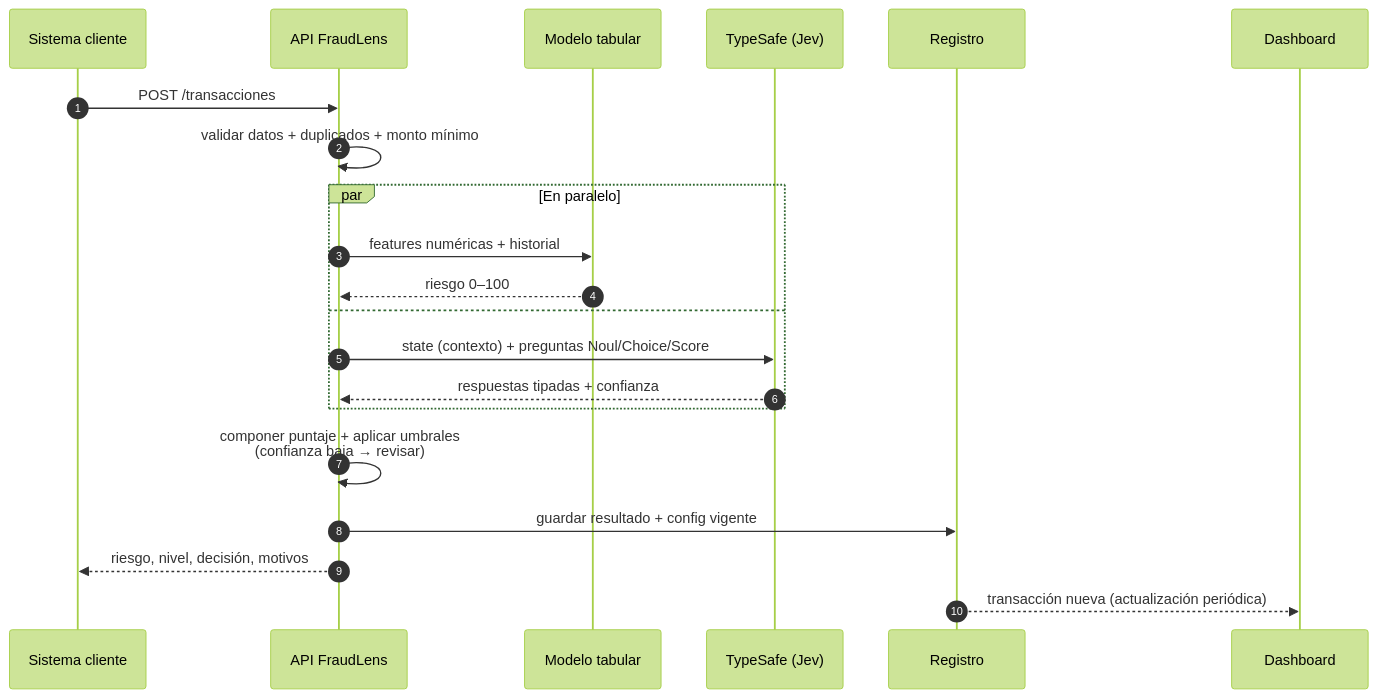
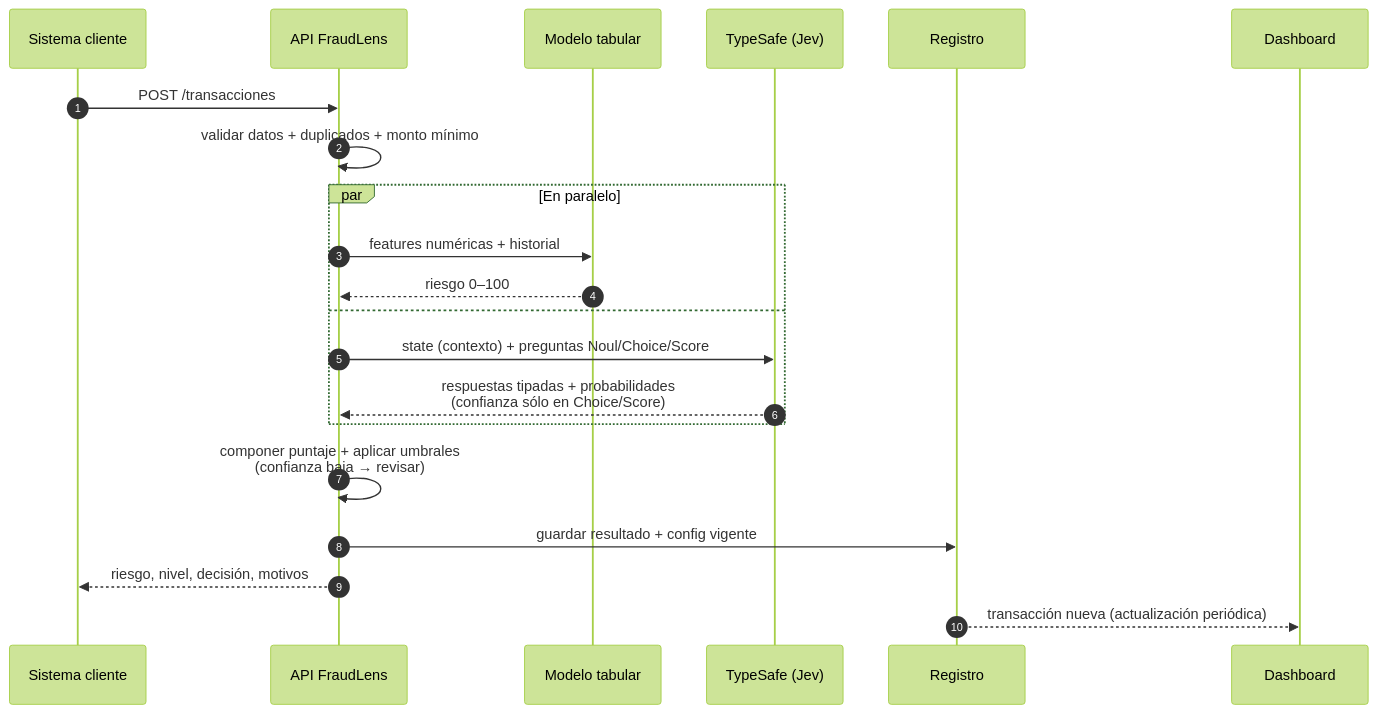
One commit to facMolina/FraudLens changed the second of 2 diagrams in docs/05-producto/typesafe-jev.md. Above: the diagram before and after it, drawn with Mermaid (forest theme). The commit also changed other lines of this file and 5 other files, not shown here.

Commit message:
docs: registrar primera prueba de Jev (sin fondos) y corregir confianza e idioma

````diff
--- a/docs/05-producto/typesafe-jev.md
+++ b/docs/05-producto/typesafe-jev.md
@@ -160,24 +192,24 @@
 ```mermaid
 sequenceDiagram
     autonumber
     participant Cli as Sistema cliente
     participant API as API FraudLens
     participant Mod as Modelo tabular
     participant Jev as TypeSafe (Jev)
     participant DB as Registro
     participant Dash as Dashboard
 
     Cli->>API: POST /transacciones
     API->>API: validar datos + duplicados + monto mínimo
     par En paralelo
         API->>Mod: features numéricas + historial
         Mod-->>API: riesgo 0–100
     and
         API->>Jev: state (contexto) + preguntas Noul/Choice/Score
-        Jev-->>API: respuestas tipadas + confianza
+        Jev-->>API: respuestas tipadas + probabilidades<br/>(confianza sólo en Choice/Score)
     end
     API->>API: componer puntaje + aplicar umbrales<br/>(confianza baja → revisar)
     API->>DB: guardar resultado + config vigente
     API-->>Cli: riesgo, nivel, decisión, motivos
     DB-->>Dash: transacción nueva (actualización periódica)
 ```
````
